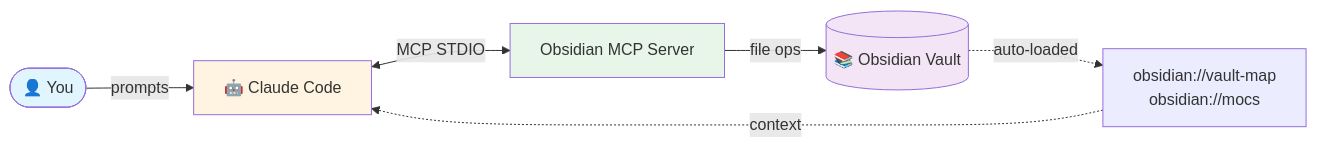
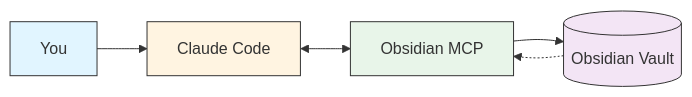
Before and after one commit to punparin/obsidian-mcp: the first of 3 diagrams in README.md, drawn with Mermaid. The commit also changed other lines of this file, not shown here.

First line of the commit message:
docs: simplify mermaid diagrams for GitHub compatibility

````diff
--- a/README.md
+++ b/README.md
@@ -7,13 +7,22 @@
 ```mermaid
 flowchart LR
-    User([👤 You]) -->|prompts| Claude[🤖 Claude Code]
-    Claude <-->|MCP STDIO| Server[Obsidian MCP Server]
-    Server -->|file ops| Vault[(📚 Obsidian Vault)]
-    Vault -.auto-loaded.-> Resources[obsidian://vault-map<br/>obsidian://mocs]
-    Resources -.context.-> Claude
+    User[You]
+    Claude[Claude Code]
+    Server[Obsidian MCP]
+    Vault[(Obsidian Vault)]
 
-    style User fill:#e1f5ff
-    style Claude fill:#fff4e1
-    style Server fill:#e8f5e9
-    style Vault fill:#f3e5f5
+    User --> Claude
+    Claude <--> Server
+    Server --> Vault
+    Vault -.-> Server
+
+    classDef user fill:#e1f5ff,stroke:#333
+    classDef ai fill:#fff4e1,stroke:#333
+    classDef mcp fill:#e8f5e9,stroke:#333
+    classDef store fill:#f3e5f5,stroke:#333
+
+    class User user
+    class Claude ai
+    class Server mcp
+    class Vault store
 ```
````
